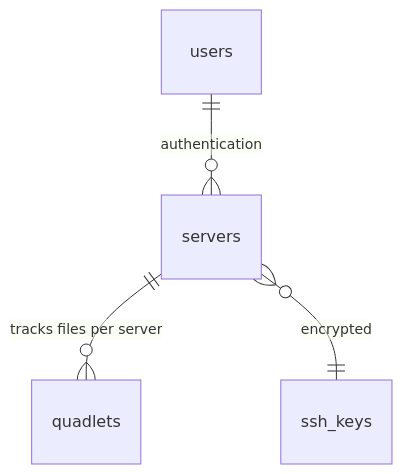
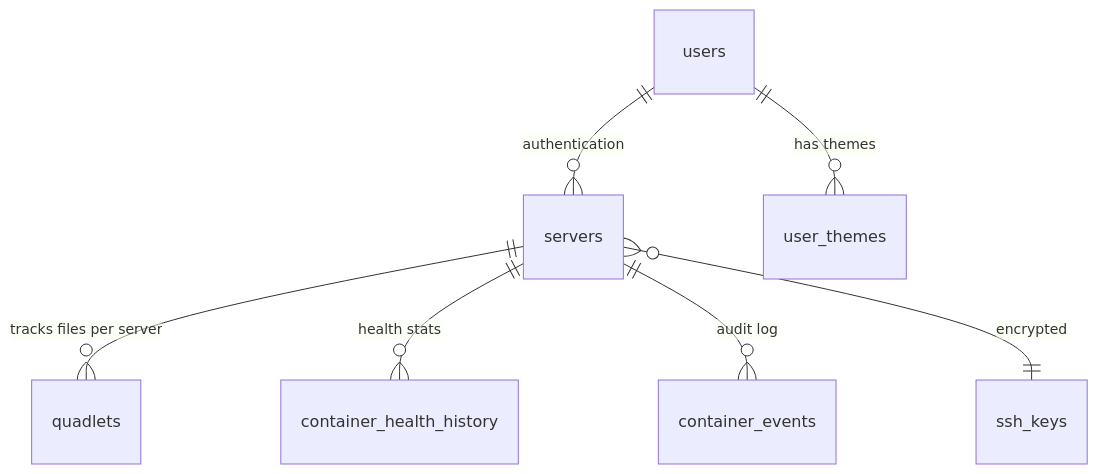
One commit to karoltheguy/QuadletManager changed the fourth of 8 diagrams in docs/ARCHITECTURE.md. Above: the diagram before and after it, drawn with Mermaid. The commit also changed other lines of this file, not shown here.

Commit message:
docs: update architecture documentation to include terminal support, container event tracking, theme management, and expanded API endpoints.

````diff
--- a/docs/ARCHITECTURE.md
+++ b/docs/ARCHITECTURE.md
@@ -288,6 +337,9 @@
 ```mermaid
 erDiagram
     users ||--o{ servers : "authentication"
+    users ||--o{ user_themes : "has themes"
     servers ||--o{ quadlets : "tracks files per server"
+    servers ||--o{ container_health_history : "health stats"
+    servers ||--o{ container_events : "audit log"
     servers }o--|| ssh_keys : "encrypted"
 ```
````
